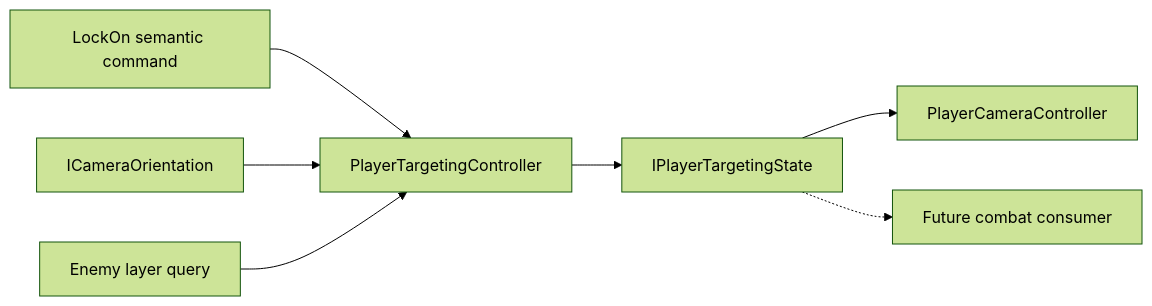
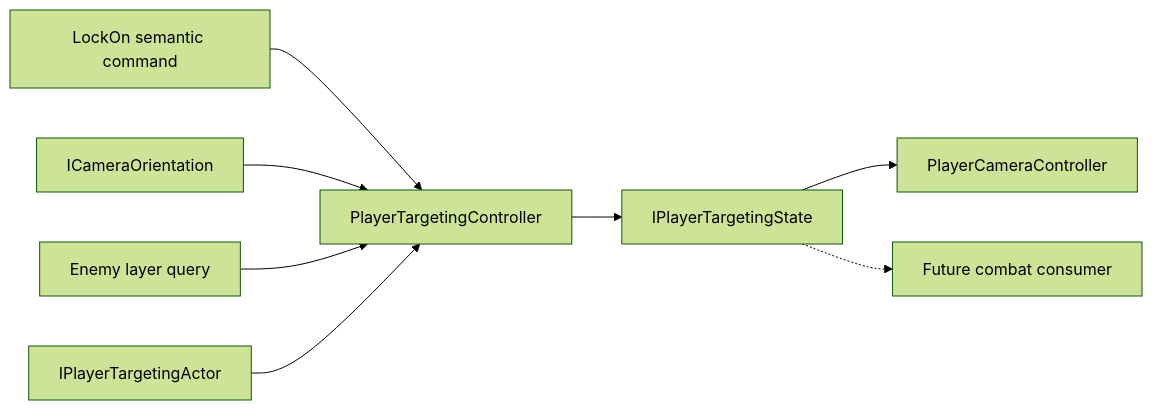
The second of 2 diagrams in Docs/Architecture/Player.Targeting.md (MaximFonariuc/project-s), drawn with Mermaid (forest theme) before and after one commit. The commit also changed other lines of this file and 24 other files, not shown here.

````diff
--- a/Docs/Architecture/Player.Targeting.md
+++ b/Docs/Architecture/Player.Targeting.md
@@ -80,9 +82,10 @@
 ```mermaid
 flowchart LR
     Input["LockOn semantic command"] --> Targeting["PlayerTargetingController"]
     CameraView["ICameraOrientation"] --> Targeting
     Physics["Enemy layer query"] --> Targeting
+    Actor["IPlayerTargetingActor"] --> Targeting
     Targeting --> State["IPlayerTargetingState"]
     State --> Camera["PlayerCameraController"]
     State -.-> Combat["Future combat consumer"]
 ```
````
